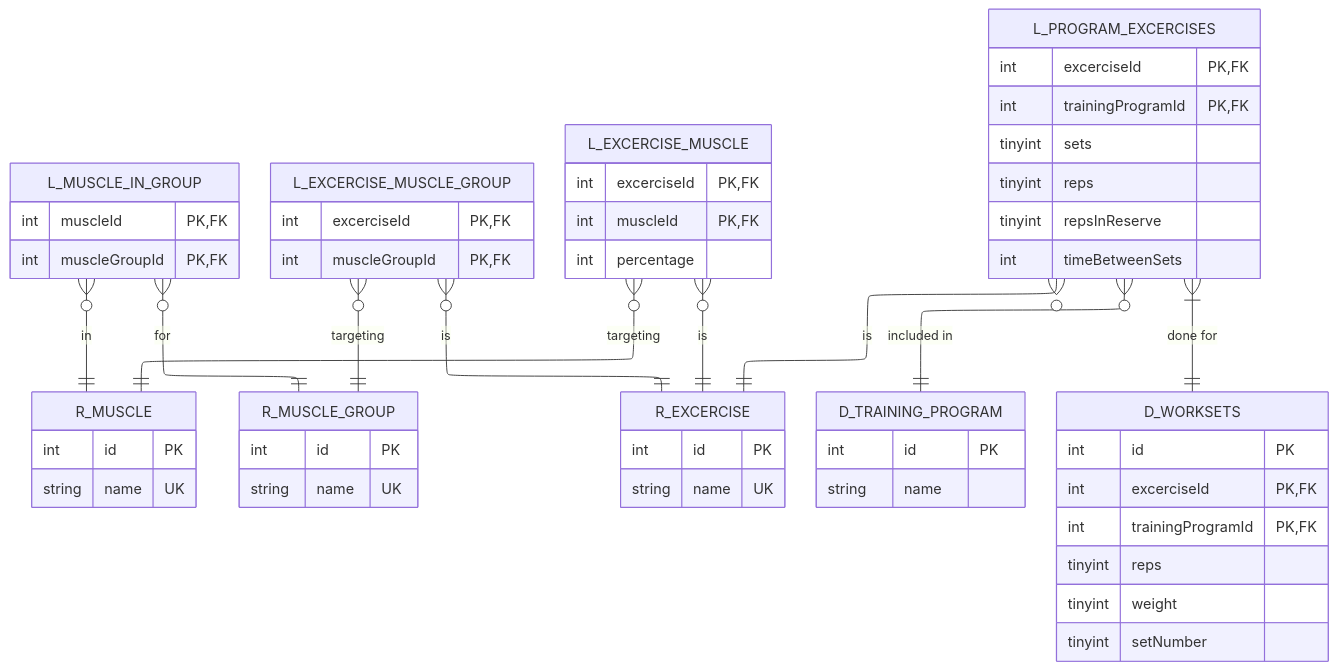
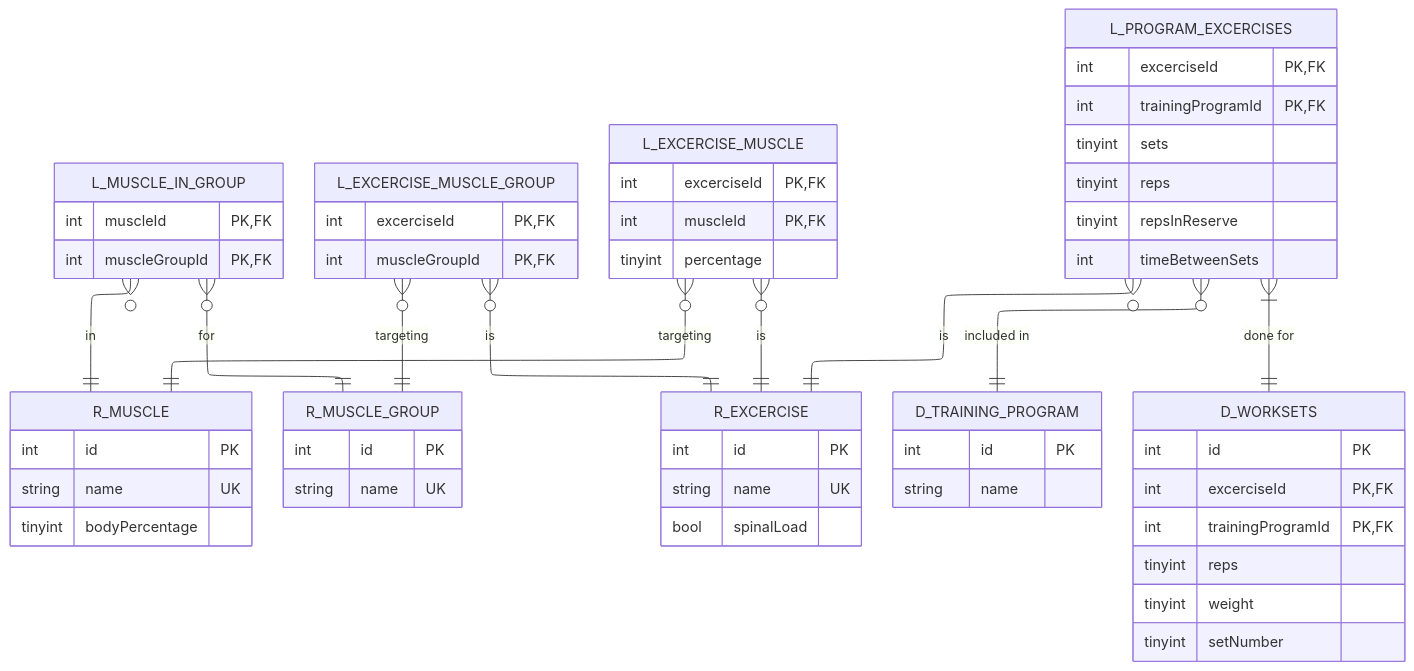
Before and after one commit to FBGFi/workout-analyzer: the diagram in README.md, drawn with Mermaid.

Commit message:
add missing fields

````diff
--- a/README.md
+++ b/README.md
@@ -5,68 +5,70 @@
 ```mermaid
 ---
 config:
   layout: elk
 ---
 erDiagram
     R_MUSCLE {
       int id PK
       string name UK
+      tinyint bodyPercentage
     }
     R_MUSCLE_GROUP {
       int id PK
       string name UK
     }
     R_EXCERCISE {
       int id PK
       string name UK
+      bool spinalLoad
     }
 
     D_TRAINING_PROGRAM {
       int id PK
       string name
     }
     D_WORKSETS {
       int id PK
       int excerciseId PK,FK
       int trainingProgramId PK,FK
       tinyint reps
       tinyint weight
       tinyint setNumber
     }
 
     L_MUSCLE_IN_GROUP {
       int muscleId PK,FK
       int muscleGroupId PK,FK
     }
     L_MUSCLE_IN_GROUP }o--|| R_MUSCLE_GROUP : for
     L_MUSCLE_IN_GROUP }o--|| R_MUSCLE : in
 
     L_EXCERCISE_MUSCLE_GROUP {
       int excerciseId PK,FK
       int muscleGroupId PK,FK
     }
     L_EXCERCISE_MUSCLE_GROUP }o--|| R_MUSCLE_GROUP : targeting
     L_EXCERCISE_MUSCLE_GROUP }o--|| R_EXCERCISE : is
 
     L_EXCERCISE_MUSCLE {
       int excerciseId PK,FK
       int muscleId PK,FK
-      int percentage
+      tinyint percentage
     }
     L_EXCERCISE_MUSCLE }o--|| R_MUSCLE : targeting
     L_EXCERCISE_MUSCLE }o--|| R_EXCERCISE : is
 
     L_PROGRAM_EXCERCISES {
       int excerciseId PK,FK
       int trainingProgramId PK,FK
       tinyint sets
       tinyint reps
       tinyint repsInReserve
       int timeBetweenSets
     }
     L_PROGRAM_EXCERCISES }o--|| D_TRAINING_PROGRAM : "included in"
     L_PROGRAM_EXCERCISES }o--|| R_EXCERCISE : is
     L_PROGRAM_EXCERCISES }|--|| D_WORKSETS : "done for"
 
 
 ```
````
